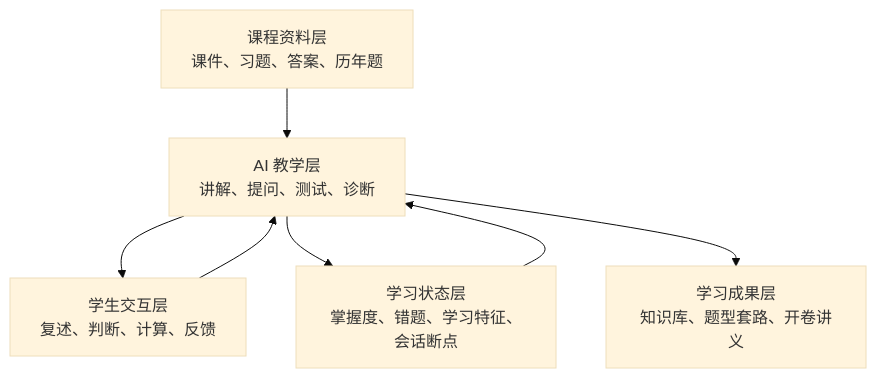
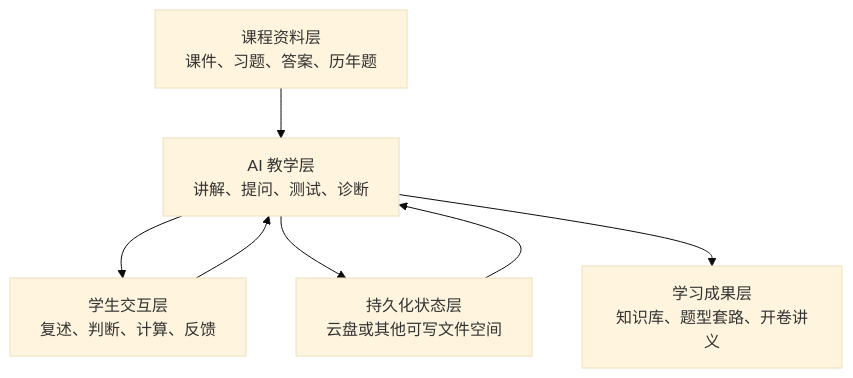
The first of 4 diagrams in docs/WORKFLOW.md (11111f11111/human-gradient-descent), drawn with Mermaid (base theme) before and after one commit. The commit also changed other lines of this file, not shown here.

````diff
--- a/docs/WORKFLOW.md
+++ b/docs/WORKFLOW.md
@@ -19,9 +19,9 @@
 ```mermaid
 flowchart TD
     A["课程资料层<br/>课件、习题、答案、历年题"] --> B["AI 教学层<br/>讲解、提问、测试、诊断"]
-    C["学习状态层<br/>掌握度、错题、学习特征、会话断点"] --> B
+    C["持久化状态层<br/>云盘或其他可写文件空间"] --> B
     B --> D["学生交互层<br/>复述、判断、计算、反馈"]
     D --> B
     B --> C
     B --> E["学习成果层<br/>知识库、题型套路、开卷讲义"]
 ```
````
